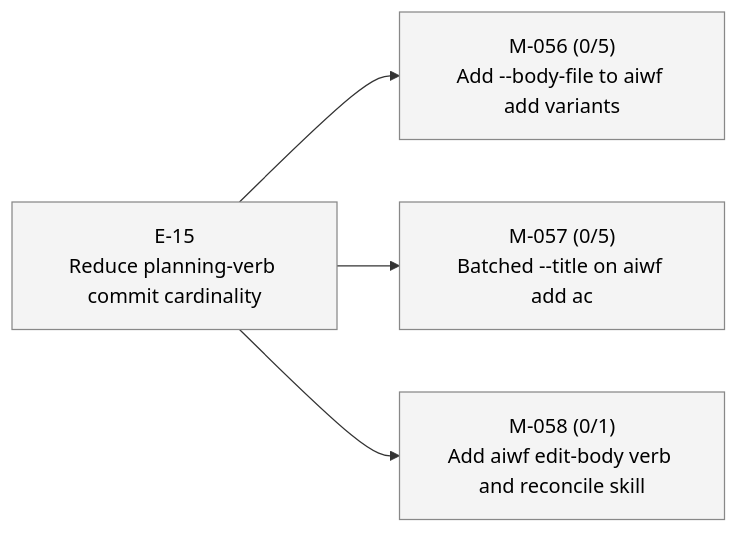
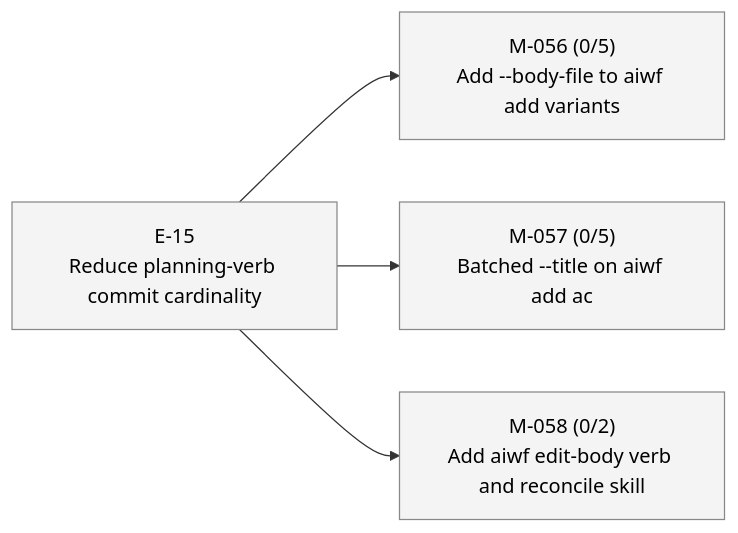
One commit to 23min/aiwf changed the third of 3 diagrams in STATUS.md. Above: the diagram before and after it, drawn with Mermaid. The commit also changed other lines of this file and 1 other file, not shown here.

First line of the commit message:
aiwf add ac M-058/AC-2 "edit-body produces single trailered commit (aiwf-verb edit-body)"

````diff
--- a/STATUS.md
+++ b/STATUS.md
@@ -69,16 +69,16 @@
 ```mermaid
 flowchart LR
   E_15["E-15<br/>Reduce planning-verb commit cardinality"]:::epic_proposed
   M_056["M-056 (0/5)<br/>Add --body-file to aiwf add variants"]:::ms_draft
   E_15 --> M_056
   M_057["M-057 (0/5)<br/>Batched --title on aiwf add ac"]:::ms_draft
   E_15 --> M_057
-  M_058["M-058 (0/1)<br/>Add aiwf edit-body verb and reconcile skill"]:::ms_draft
+  M_058["M-058 (0/2)<br/>Add aiwf edit-body verb and reconcile skill"]:::ms_draft
   E_15 --> M_058
   classDef epic_active fill:#d6eaff,stroke:#1a73e8,color:#000
   classDef epic_proposed fill:#f4f4f4,stroke:#888,color:#000
   classDef ms_done fill:#d8f5d8,stroke:#2a8a2a,color:#000
   classDef ms_in_progress fill:#fff3c4,stroke:#caa400,color:#000
   classDef ms_draft fill:#f4f4f4,stroke:#888,color:#000
   classDef ms_cancelled fill:#fbeaea,stroke:#c33,color:#000
 ```
````
